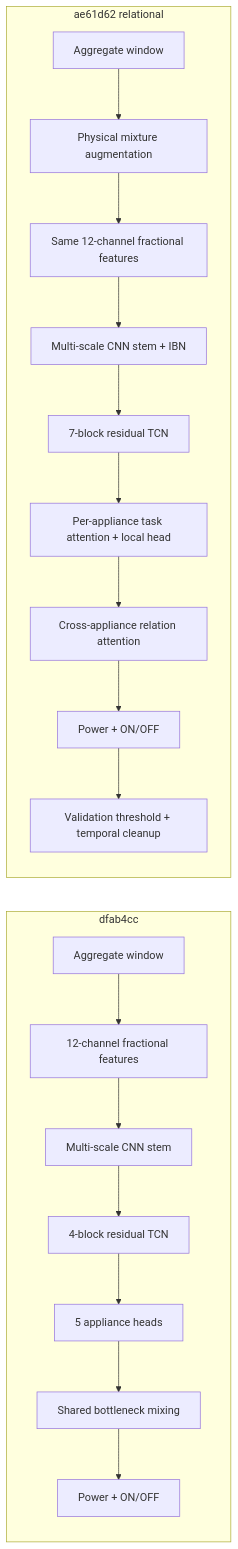
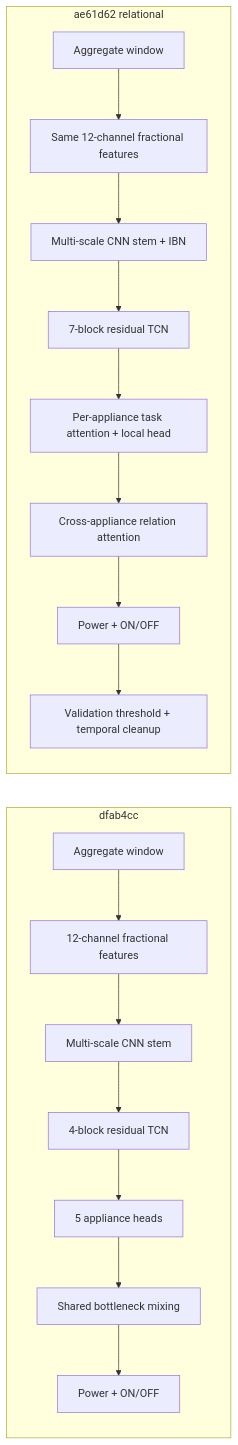
The diagram in multi_appliances_NILM/docs/dfab_to_ae61_upgrade_summary.md (rtie2002/high_low_freq_NILM), drawn with Mermaid before and after one commit. The commit also changed other lines of this file and 3 other files, not shown here.

````diff
--- a/multi_appliances_NILM/docs/dfab_to_ae61_upgrade_summary.md
+++ b/multi_appliances_NILM/docs/dfab_to_ae61_upgrade_summary.md
@@ -19,22 +19,21 @@
 ```mermaid
 flowchart LR
     subgraph OLD["dfab4cc"]
         X1[Aggregate window] --> F1[12-channel fractional features]
         F1 --> S1[Multi-scale CNN stem]
         S1 --> T1[4-block residual TCN]
         T1 --> H1[5 appliance heads]
         H1 --> C1[Shared bottleneck mixing]
         C1 --> O1[Power + ON/OFF]
     end
 
     subgraph NEW["ae61d62 relational"]
-        X2[Aggregate window] --> A2[Physical mixture augmentation]
-        A2 --> F2[Same 12-channel fractional features]
+        X2[Aggregate window] --> F2[Same 12-channel fractional features]
         F2 --> S2[Multi-scale CNN stem + IBN]
         S2 --> T2[7-block residual TCN]
         T2 --> H2[Per-appliance task attention + local head]
         H2 --> C2[Cross-appliance relation attention]
         C2 --> O2[Power + ON/OFF]
         O2 --> P2[Validation threshold + temporal cleanup]
     end
 ```
````
